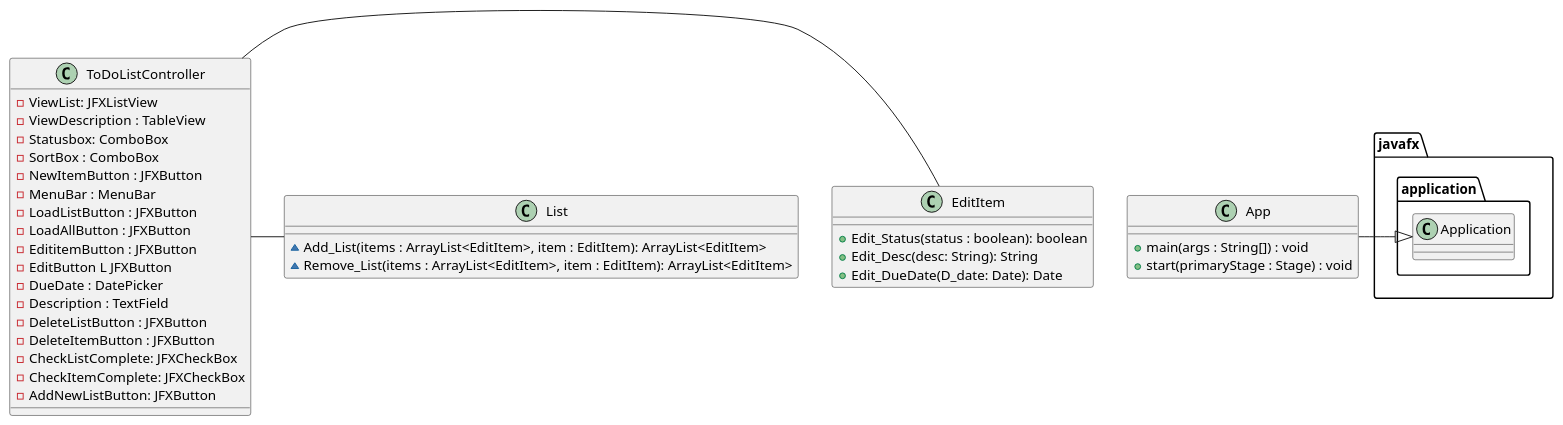
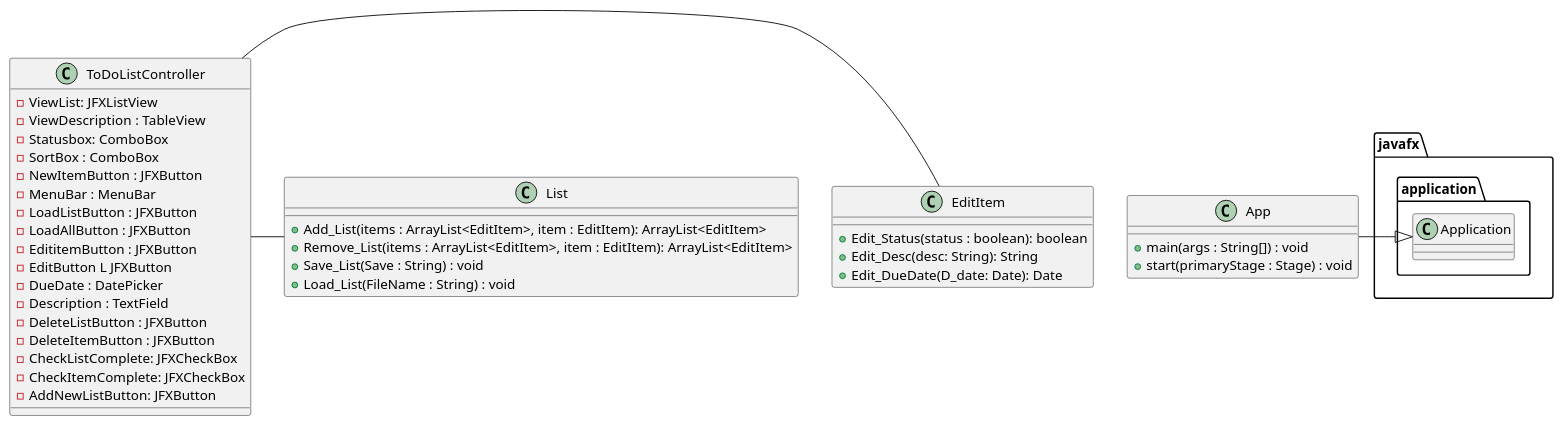
The diagram in UML/Assignment4.puml (JazzFaye/assignments), drawn with PlantUML before and after one commit. The commit also changed 2 other files, not shown here.

```diff
--- a/UML/Assignment4.puml
+++ b/UML/Assignment4.puml
@@ -1,38 +1,40 @@
 @startuml
 
 Class App{
 + main(args : String[]) : void
 + start(primaryStage : Stage) : void
 }
 Class EditItem{
 + Edit_Status(status : boolean): boolean
 + Edit_Desc(desc: String): String
 + Edit_DueDate(D_date: Date): Date
 }
 Class List{
-~ Add_List(items : ArrayList<EditItem>, item : EditItem): ArrayList<EditItem>
-~ Remove_List(items : ArrayList<EditItem>, item : EditItem): ArrayList<EditItem>
++ Add_List(items : ArrayList<EditItem>, item : EditItem): ArrayList<EditItem>
++ Remove_List(items : ArrayList<EditItem>, item : EditItem): ArrayList<EditItem>
++ Save_List(Save : String) : void
++ Load_List(FileName : String) : void
 }
 Class ToDoListController{
 - ViewList: JFXListView
 - ViewDescription : TableView
 - Statusbox: ComboBox
 - SortBox : ComboBox
 - NewItemButton : JFXButton
 - MenuBar : MenuBar
 - LoadListButton : JFXButton
 - LoadAllButton : JFXButton
 - EdititemButton : JFXButton
 - EditButton L JFXButton
 - DueDate : DatePicker
 - Description : TextField
 - DeleteListButton : JFXButton
 - DeleteItemButton : JFXButton
 - CheckListComplete: JFXCheckBox
 - CheckItemComplete: JFXCheckBox
 - AddNewListButton: JFXButton
 }
 ToDoListController - EditItem
 ToDoListController - List
 App -|> javafx.application.Application
 @enduml
```
